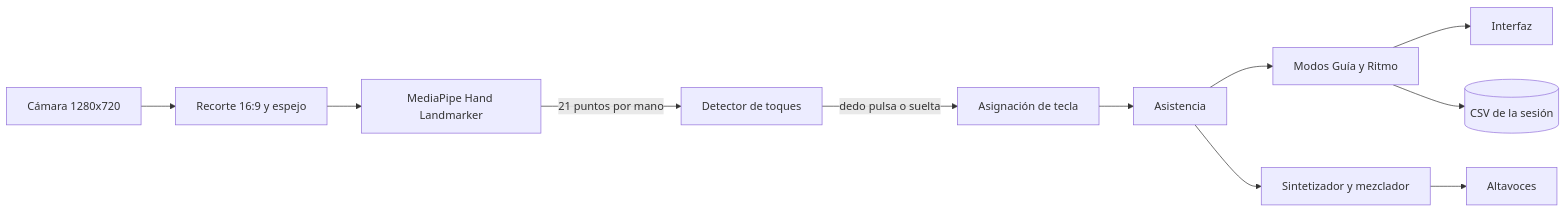
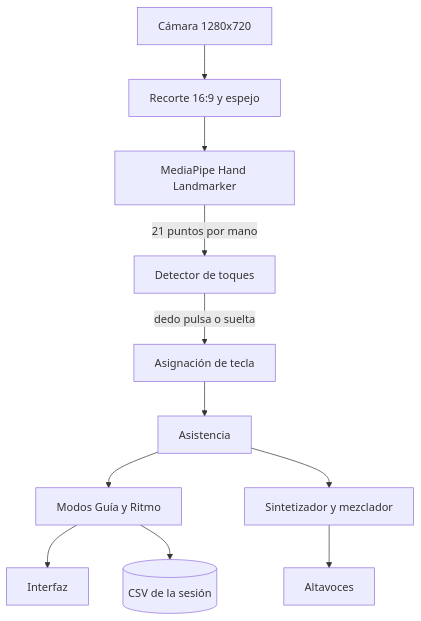
The diagram in README.md (Daniverd15/piano-aereo-jingle-bells), drawn with Mermaid before and after one commit.

Commit message:
Muestra el diagrama de flujo en vertical

````diff
--- a/README.md
+++ b/README.md
@@ -305,13 +305,13 @@
 ```mermaid
-flowchart LR
+flowchart TD
     A["Cámara 1280x720"] --> B["Recorte 16:9 y espejo"]
     B --> C["MediaPipe Hand Landmarker"]
     C -->|"21 puntos por mano"| D["Detector de toques"]
     D -->|"dedo pulsa o suelta"| E["Asignación de tecla"]
     E --> F["Asistencia"]
     F --> G["Modos Guía y Ritmo"]
     F --> H["Sintetizador y mezclador"]
     G --> I["Interfaz"]
     H --> J["Altavoces"]
     G --> K[("CSV de la sesión")]
 ```
````
